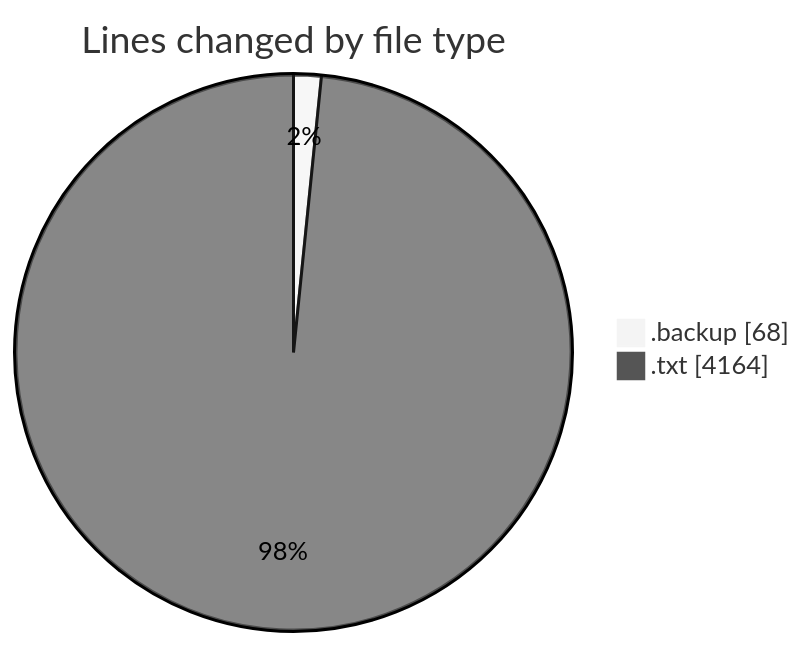
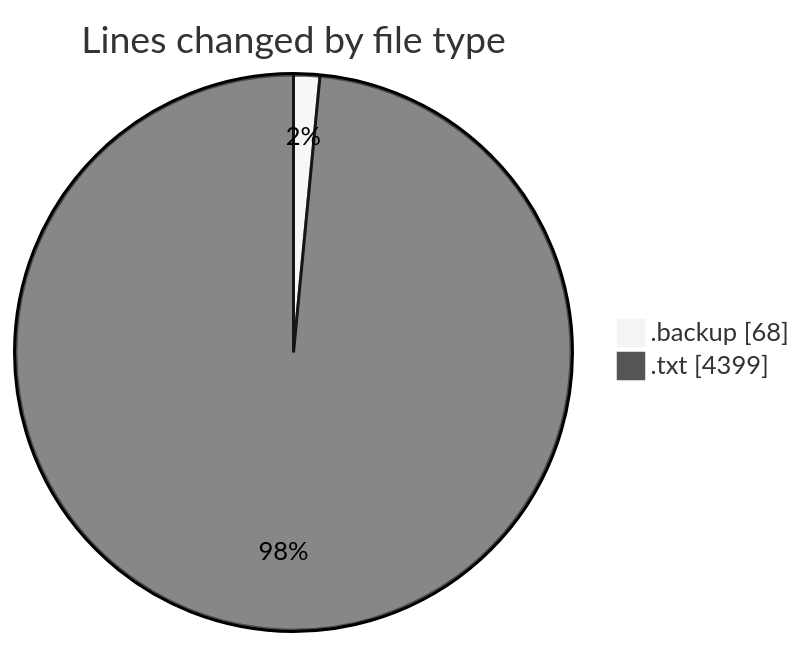
The first of 2 diagrams in 2026-11-25/informesdocpath/README.md (ricardozamudiocil/code-tracking), drawn with Mermaid (neutral theme) before and after one commit. The commit also changed other lines of this file and 1 other file, not shown here.

````diff
--- a/2026-11-25/informesdocpath/README.md
+++ b/2026-11-25/informesdocpath/README.md
@@ -22,6 +22,6 @@
 ```mermaid
 pie showData
 title Lines changed by file type
 ".backup" : 68
-".txt" : 4164
+".txt" : 4399
 ```
````
